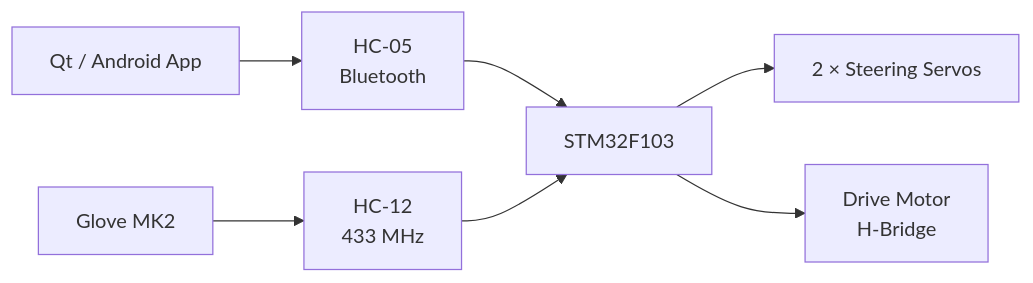
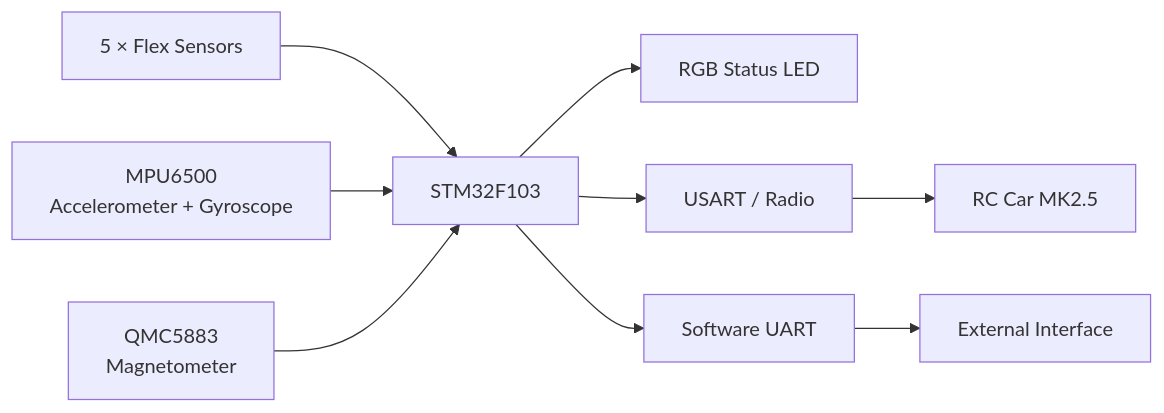
Before and after one commit to suneids/Glove: the diagram in README.md, drawn with Mermaid. The commit also changed other lines of this file, not shown here.

````diff
--- a/README.md
+++ b/README.md
@@ -23,21 +24,26 @@
 ```mermaid
 flowchart LR
-    APP["Qt / Android App"]
-    GLOVE["Glove MK2"]
-
-    BT["HC-05\nBluetooth"]
-    RADIO["HC-12\n433 MHz"]
+    FLEX["5 × Flex Sensors"]
+    IMU["MPU6500\nAccelerometer + Gyroscope"]
+    MAG["QMC5883\nMagnetometer"]
 
     MCU["STM32F103"]
-    STEER["2 × Steering Servos"]
-    MOTOR["Drive Motor\nH-Bridge"]
 
-    APP --> BT
-    GLOVE --> RADIO
+    RGB["RGB Status LED"]
+    UART["USART / Radio"]
+    SOFT["Software UART"]
 
-    BT --> MCU
-    RADIO --> MCU
+    CAR["RC Car MK2.5"]
+    PC["External Interface"]
 
-    MCU --> STEER
-    MCU --> MOTOR
+    FLEX --> MCU
+    IMU --> MCU
+    MAG --> MCU
+
+    MCU --> RGB
+    MCU --> UART
+    MCU --> SOFT
+
+    UART --> CAR
+    SOFT --> PC
 ```
````
